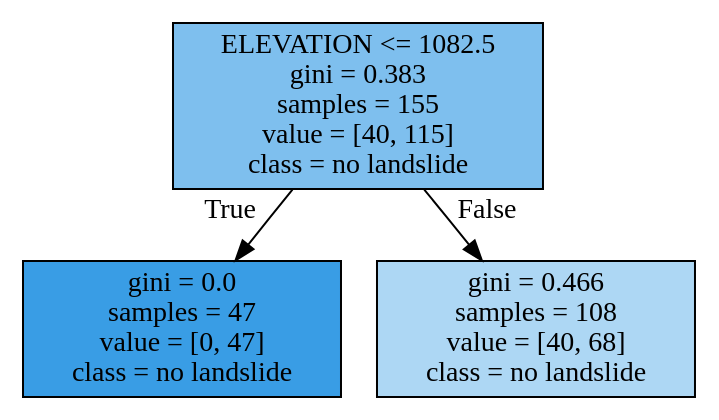
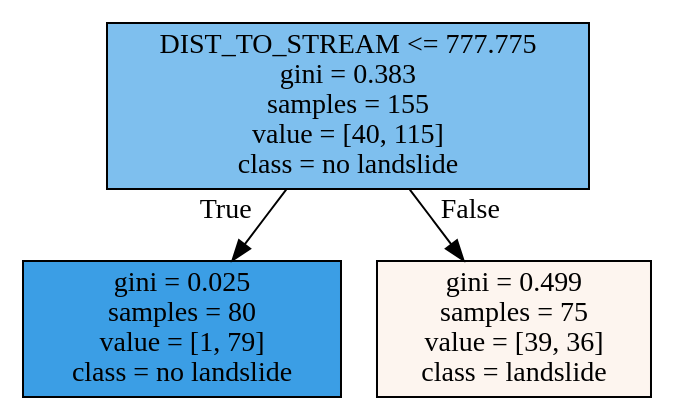
Before and after one commit to madelinezug/landslide_classification: the diagram in tree1.dot, drawn with Graphviz. The commit also changed 5 other files, not shown here.

```diff
--- a/tree1.dot
+++ b/tree1.dot
@@ -1,11 +1,11 @@
 digraph Tree {
 node [shape=box, style="filled", color="black"] ;
 graph [ranksep=equally, splines=polyline] ;
-0 [label="ELEVATION <= 1082.5\ngini = 0.383\nsamples = 155\nvalue = [40, 115]\nclass = no landslide", fillcolor="#399de5a6"] ;
-1 [label="gini = 0.0\nsamples = 47\nvalue = [0, 47]\nclass = no landslide", fillcolor="#399de5ff"] ;
+0 [label="DIST_TO_STREAM <= 777.775\ngini = 0.383\nsamples = 155\nvalue = [40, 115]\nclass = no landslide", fillcolor="#399de5a6"] ;
+1 [label="gini = 0.025\nsamples = 80\nvalue = [1, 79]\nclass = no landslide", fillcolor="#399de5fc"] ;
 0 -> 1 [labeldistance=2.5, labelangle=45, headlabel="True"] ;
-2 [label="gini = 0.466\nsamples = 108\nvalue = [40, 68]\nclass = no landslide", fillcolor="#399de569"] ;
+2 [label="gini = 0.499\nsamples = 75\nvalue = [39, 36]\nclass = landslide", fillcolor="#e5813914"] ;
 0 -> 2 [labeldistance=2.5, labelangle=-45, headlabel="False"] ;
 {rank=same ; 0} ;
 {rank=same ; 1; 2} ;
 }
```
